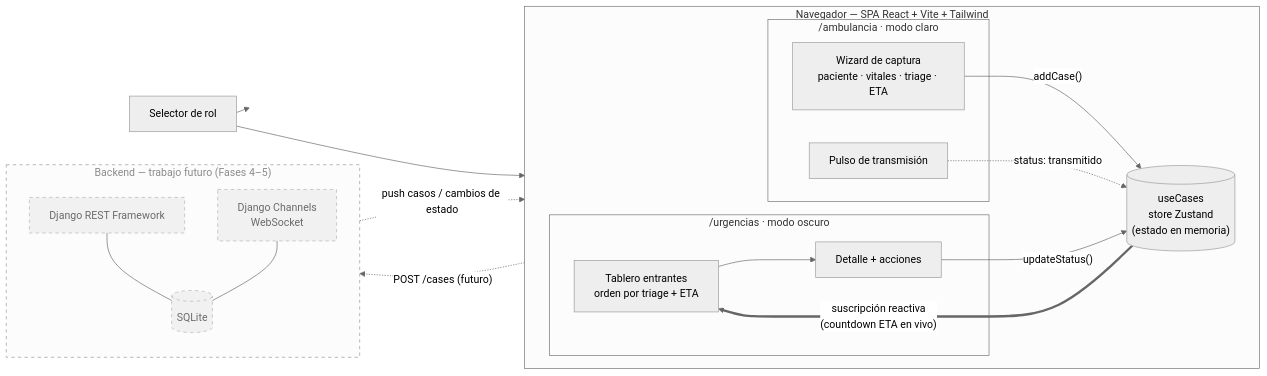
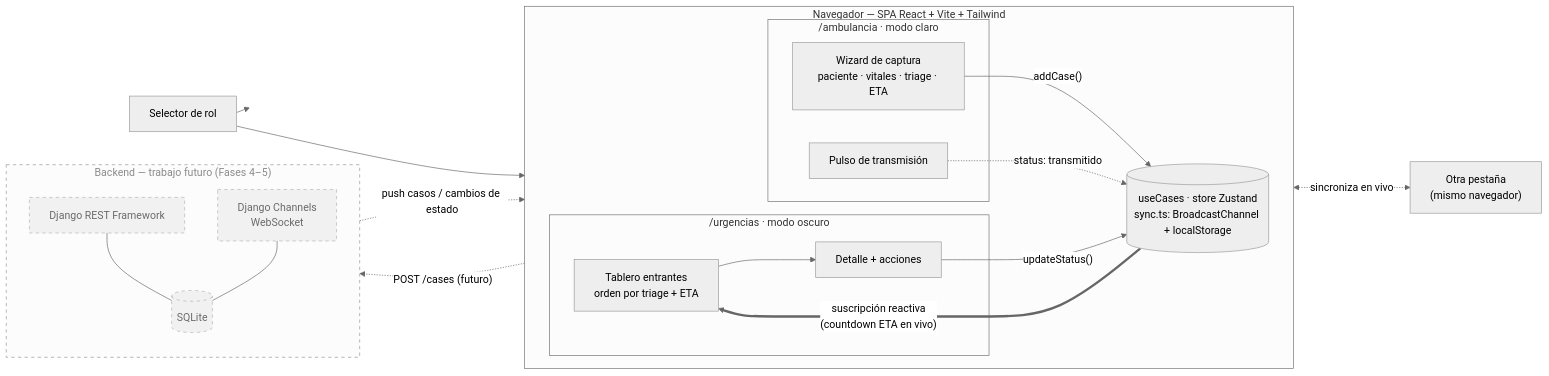
The first of 3 diagrams in README.md (pasaldo/ambusync), drawn with Mermaid (neutral theme) before and after one commit. The commit also changed other lines of this file and 5 other files, not shown here.

First line of the commit message:
feat: sincronización en tiempo real entre pestañas (BroadcastChannel + localStorage)

````diff
--- a/README.md
+++ b/README.md
@@ -108,40 +118,43 @@
 ```mermaid
 flowchart LR
     RS["Selector de rol"]
 
     subgraph Browser["Navegador — SPA React + Vite + Tailwind"]
         direction LR
         subgraph Amb["/ambulancia · modo claro"]
             W["Wizard de captura<br/>paciente · vitales · triage · ETA"]
             T["Pulso de transmisión"]
         end
-        Store[("useCases<br/>store Zustand<br/>(estado en memoria)")]
+        Store[("useCases · store Zustand<br/>sync.ts: BroadcastChannel + localStorage")]
         subgraph ER["/urgencias · modo oscuro"]
             B["Tablero entrantes<br/>orden por triage + ETA"]
             D["Detalle + acciones"]
         end
     end
+
+    Tab2["Otra pestaña<br/>(mismo navegador)"]
 
     RS --> Amb
     RS --> ER
     W -->|"addCase()"| Store
     T -.->|"status: transmitido"| Store
     Store ==>|"suscripción reactiva<br/>(countdown ETA en vivo)"| B
     B --> D
     D -->|"updateStatus()"| Store
+    Store <-.->|"sincroniza en vivo"| Tab2
 
     subgraph Future["Backend — trabajo futuro (Fases 4–5)"]
         direction TB
         API["Django REST Framework"]
         WS["Django Channels<br/>WebSocket"]
         DB[("SQLite")]
         API --- DB
         WS --- DB
     end
 
     Store -.->|"POST /cases (futuro)"| API
     WS -.->|"push casos / cambios de estado"| Store
 
     classDef future stroke-dasharray:5 5,opacity:0.75;
     class Future,API,WS,DB future;
 ```
````
